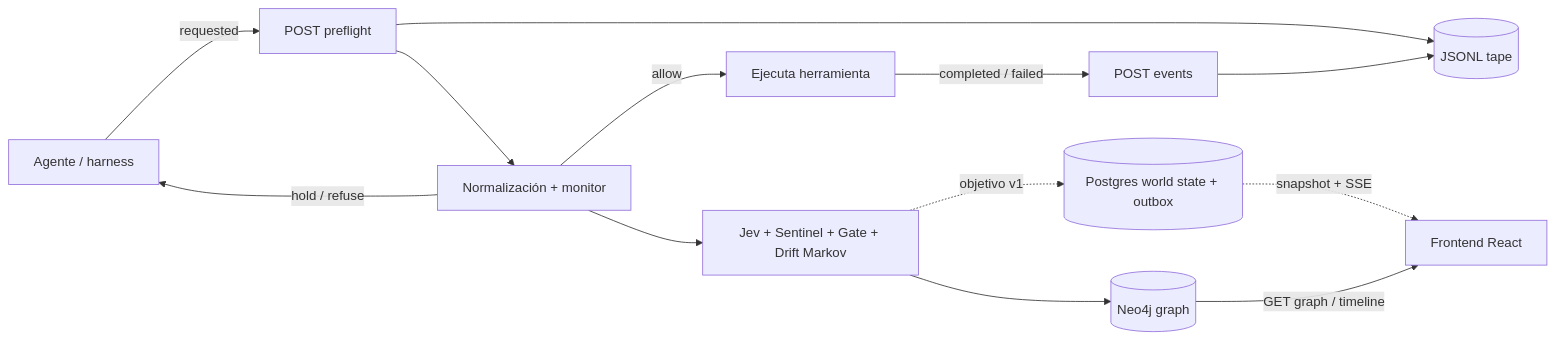
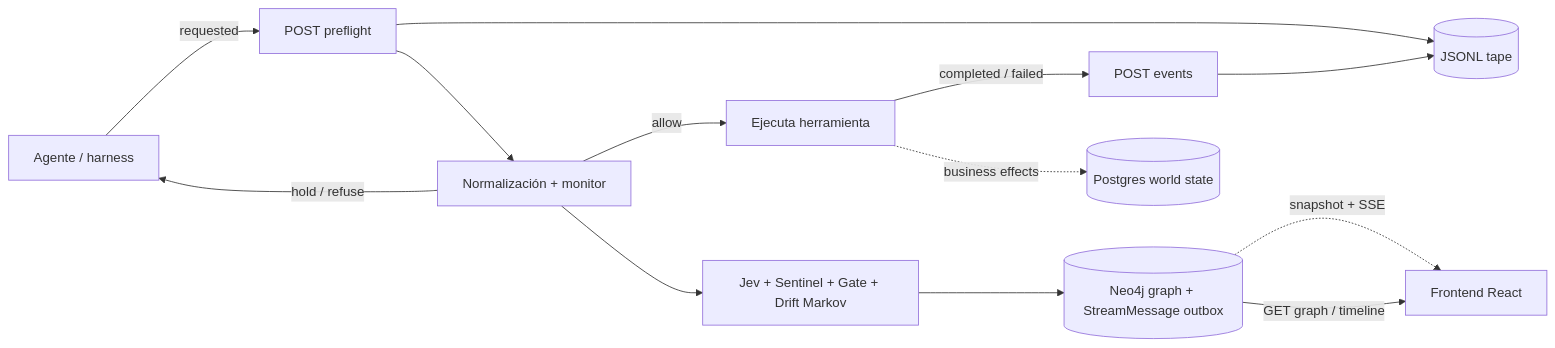
The diagram in docs/RealtimeGraphAPI.md (carlosedm10/agi-jev-containment), drawn with Mermaid before and after one commit. The commit also changed other lines of this file and 30 other files, not shown here.

````diff
--- a/docs/RealtimeGraphAPI.md
+++ b/docs/RealtimeGraphAPI.md
@@ -15,15 +15,15 @@
 ```mermaid
 flowchart LR
     A[Agente / harness] -->|requested| P[POST preflight]
     P --> M[Normalización + monitor]
     M -->|allow| T[Ejecuta herramienta]
     M -->|hold / refuse| A
     T -->|completed / failed| E[POST events]
     P --> J[(JSONL tape)]
     E --> J
     M --> C[Jev + Sentinel + Gate + Drift Markov]
-    C --> N[(Neo4j graph)]
-    C -. objetivo v1 .-> W[(Postgres world state + outbox)]
-    W -. snapshot + SSE .-> F[Frontend React]
+    C --> N[(Neo4j graph + StreamMessage outbox)]
+    T -. business effects .-> W[(Postgres world state)]
+    N -. snapshot + SSE .-> F[Frontend React]
     N -->|GET graph / timeline| F
 ```
````
